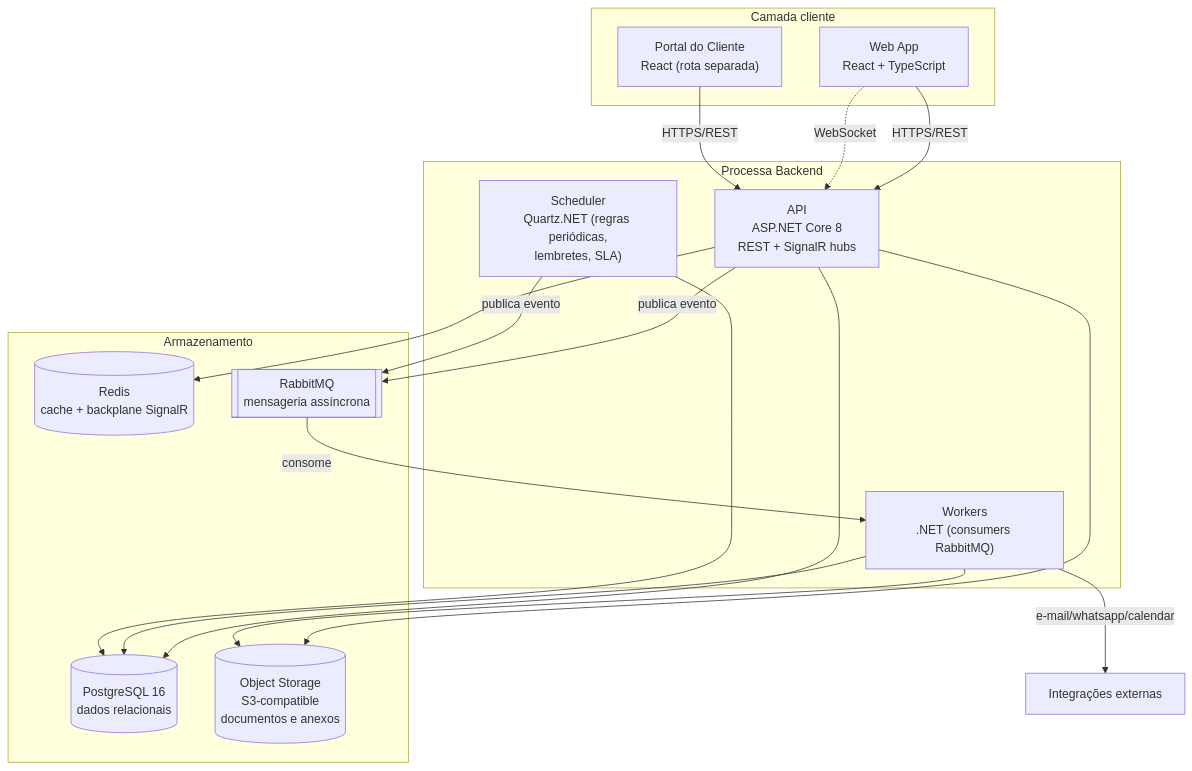
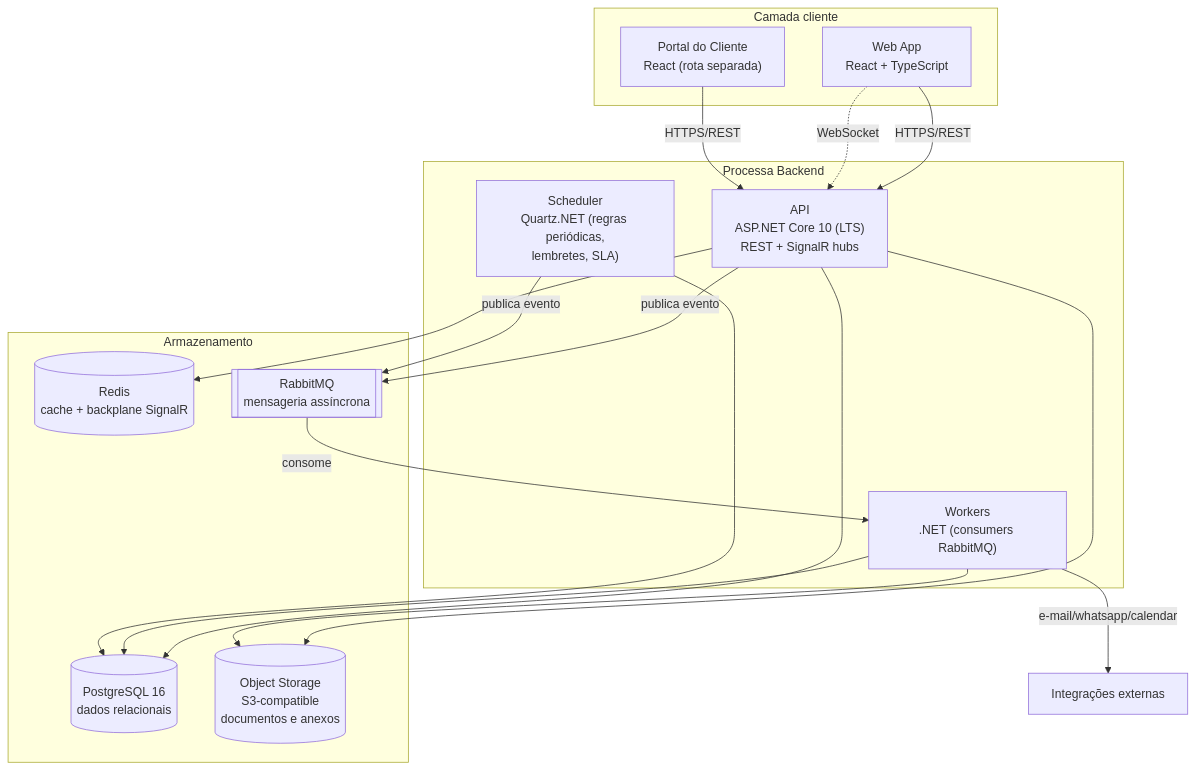
One commit to ruaancorrea/processa changed the second of 4 diagrams in docs/02-arquitetura/visao-arquitetural.md. Above: the diagram before and after it, drawn with Mermaid. The commit also changed 101 other files, not shown here.

````diff
--- a/docs/02-arquitetura/visao-arquitetural.md
+++ b/docs/02-arquitetura/visao-arquitetural.md
@@ -41,34 +41,34 @@
 ```mermaid
 graph TB
     subgraph Cliente["Camada cliente"]
         SPA["Web App<br/>React + TypeScript"]
         Portal["Portal do Cliente<br/>React (rota separada)"]
     end
 
     subgraph Backend["Processa Backend"]
-        API["API<br/>ASP.NET Core 8<br/>REST + SignalR hubs"]
+        API["API<br/>ASP.NET Core 10 (LTS)<br/>REST + SignalR hubs"]
         Worker["Workers<br/>.NET (consumers RabbitMQ)"]
         Scheduler["Scheduler<br/>Quartz.NET (regras periódicas,<br/>lembretes, SLA)"]
     end
 
     subgraph Dados["Armazenamento"]
         PG[("PostgreSQL 16<br/>dados relacionais")]
         Redis[("Redis<br/>cache + backplane SignalR")]
         MQ[["RabbitMQ<br/>mensageria assíncrona"]]
         Storage[("Object Storage<br/>S3-compatible<br/>documentos e anexos")]
     end
 
     SPA -->|HTTPS/REST| API
     SPA -.->|WebSocket| API
     Portal -->|HTTPS/REST| API
     API --> PG
     API --> Redis
     API -->|publica evento| MQ
     API --> Storage
     MQ -->|consome| Worker
     Worker --> PG
     Worker --> Storage
     Worker -->|e-mail/whatsapp/calendar| Externos["Integrações externas"]
     Scheduler -->|publica evento| MQ
     Scheduler --> PG
 ```
````
